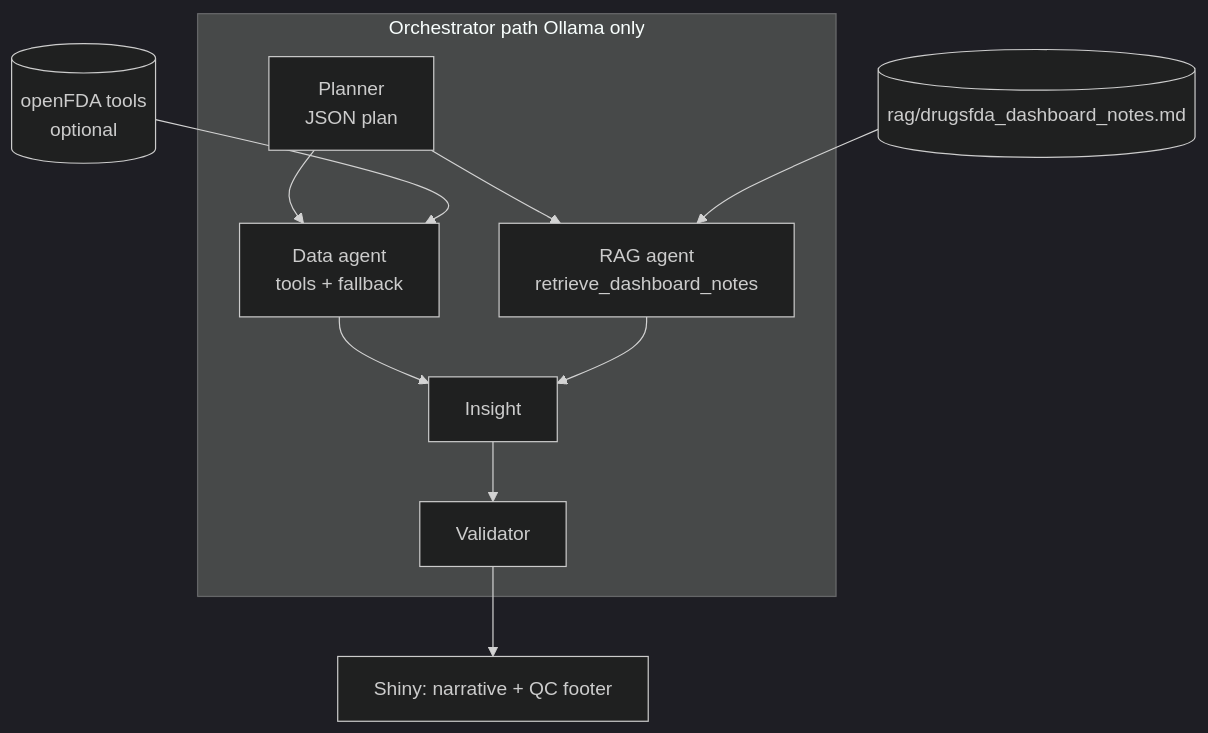
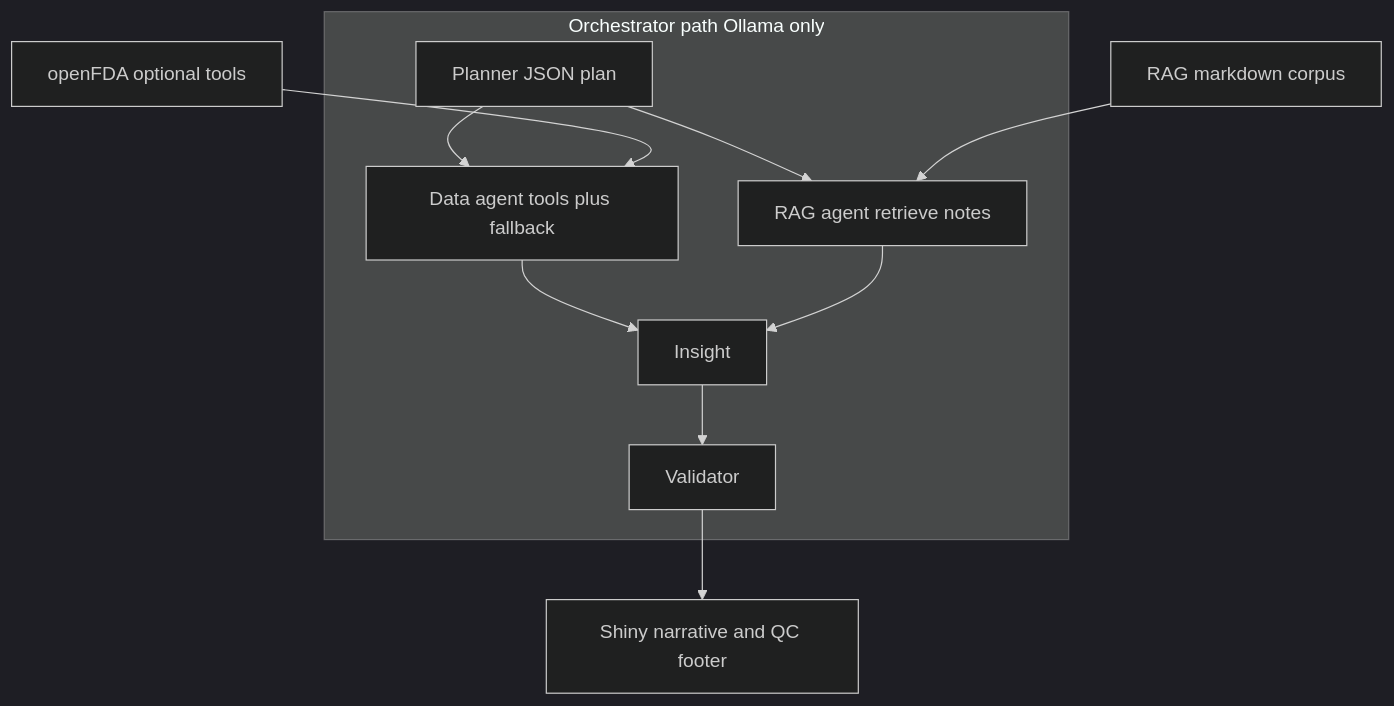
One commit to joninguyen12/sysen5381-tool changed the third of 4 diagrams in app/ARCHITECTURE.md. Above: the diagram before and after it, drawn with Mermaid (dark theme). The commit also changed other lines of this file, not shown here.

````diff
--- a/app/ARCHITECTURE.md
+++ b/app/ARCHITECTURE.md
@@ -123,18 +123,18 @@
 ```mermaid
 flowchart TB
   subgraph orch [Orchestrator path Ollama only]
-    P1[Planner\nJSON plan]
-    P2[Data agent\ntools + fallback]
-    P3[RAG agent\nretrieve_dashboard_notes]
+    P1[Planner JSON plan]
+    P2[Data agent tools plus fallback]
+    P3[RAG agent retrieve notes]
     P4[Insight]
     P5[Validator]
     P1 --> P2
     P1 --> P3
     P2 --> P4
     P3 --> P4
     P4 --> P5
   end
-  CORP[(rag/drugsfda_dashboard_notes.md)] --> P3
-  FDA2[(openFDA tools\noptional)] --> P2
-  P5 --> OUT[Shiny: narrative + QC footer]
+  CORP[RAG markdown corpus] --> P3
+  FDA2[openFDA optional tools] --> P2
+  P5 --> OUT[Shiny narrative and QC footer]
 ```
````
